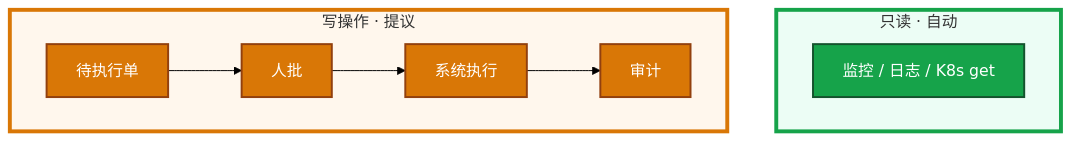
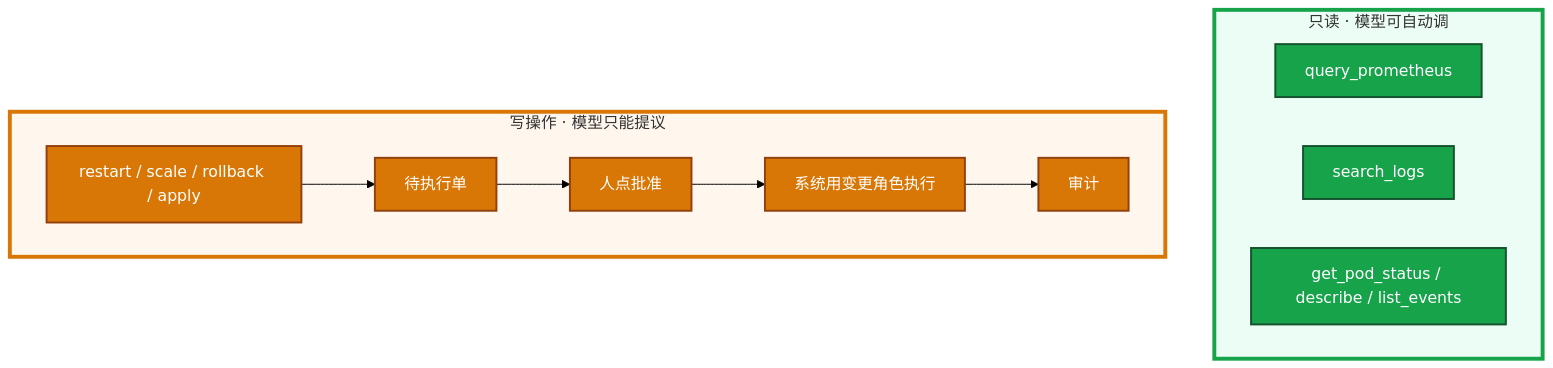
Before and after one commit to ml-cuizijun/LearnToLilith: the second of 4 diagrams in 09-AI与智能运维/04-Function-Calling与Tool-Use/练习题.md, drawn with Mermaid (forest theme). The commit also changed other lines of this file and 213 other files, not shown here.

````diff
--- a/09-AI与智能运维/04-Function-Calling与Tool-Use/练习题.md
+++ b/09-AI与智能运维/04-Function-Calling与Tool-Use/练习题.md
@@ -79,15 +126,21 @@
 ```mermaid
 flowchart TB
-    subgraph ro ["只读 · 自动"]
-        a[监控 / 日志 / K8s get]
+    subgraph ro ["只读 · 模型可自动调"]
+        a[query_prometheus]
+        b[search_logs]
+        c[get_pod_status / describe / list_events]
     end
-    subgraph wr ["写操作 · 提议"]
-        b[待执行单] --> c[人批] --> d[系统执行] --> e[审计]
+    subgraph wr ["写操作 · 模型只能提议"]
+        e[restart / scale / rollback / apply]
+        e --> f[待执行单]
+        f --> g[人点批准]
+        g --> h[系统用变更角色执行]
+        h --> i[审计]
     end
     classDef ok fill:#16A34A,stroke:#14532D,stroke-width:2px,color:#fff
     classDef warn fill:#D97706,stroke:#92400E,stroke-width:2px,color:#fff
-    class a ok
-    class b,c,d,e warn
+    class a,b,c ok
+    class e,f,g,h,i warn
     style ro fill:#ECFDF5,stroke:#16A34A,stroke-width:4px
     style wr fill:#FFF7ED,stroke:#D97706,stroke-width:4px
 ```
````
